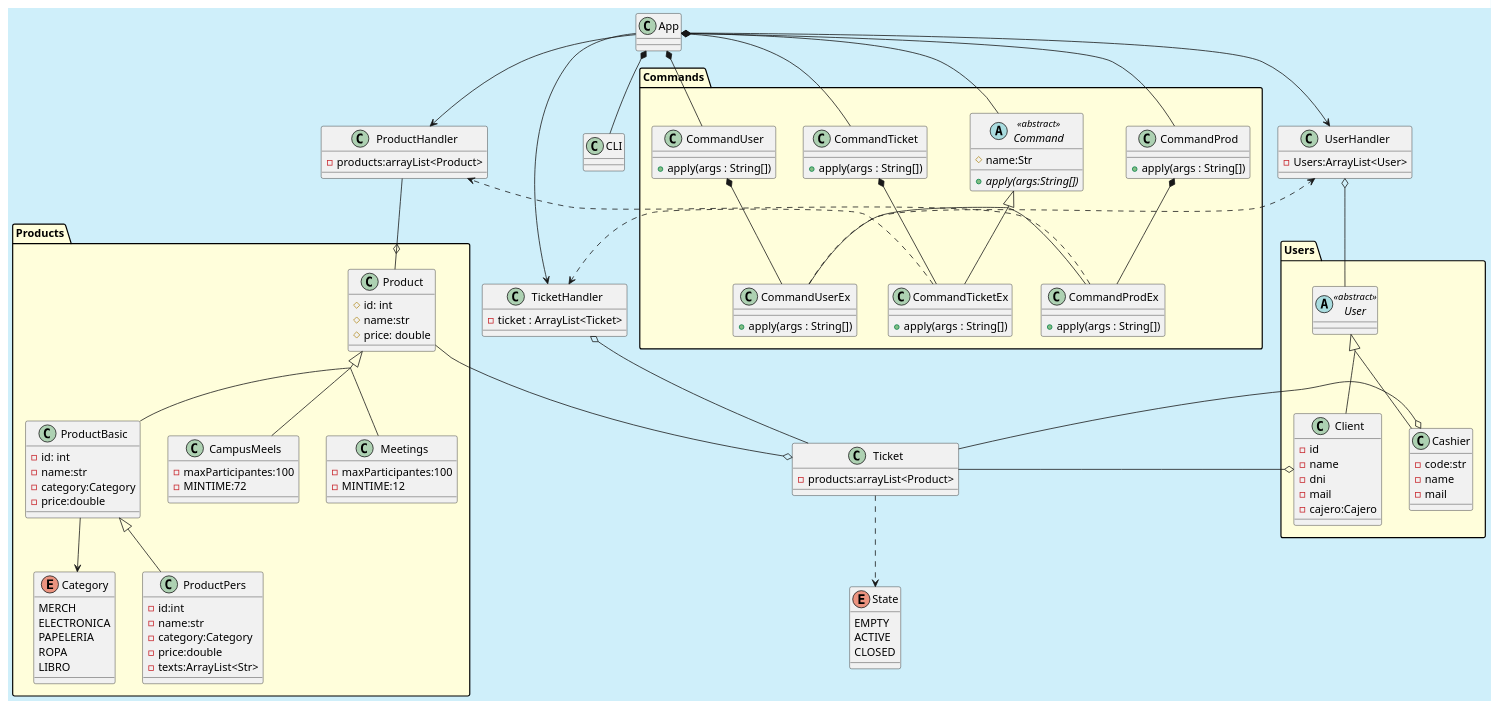
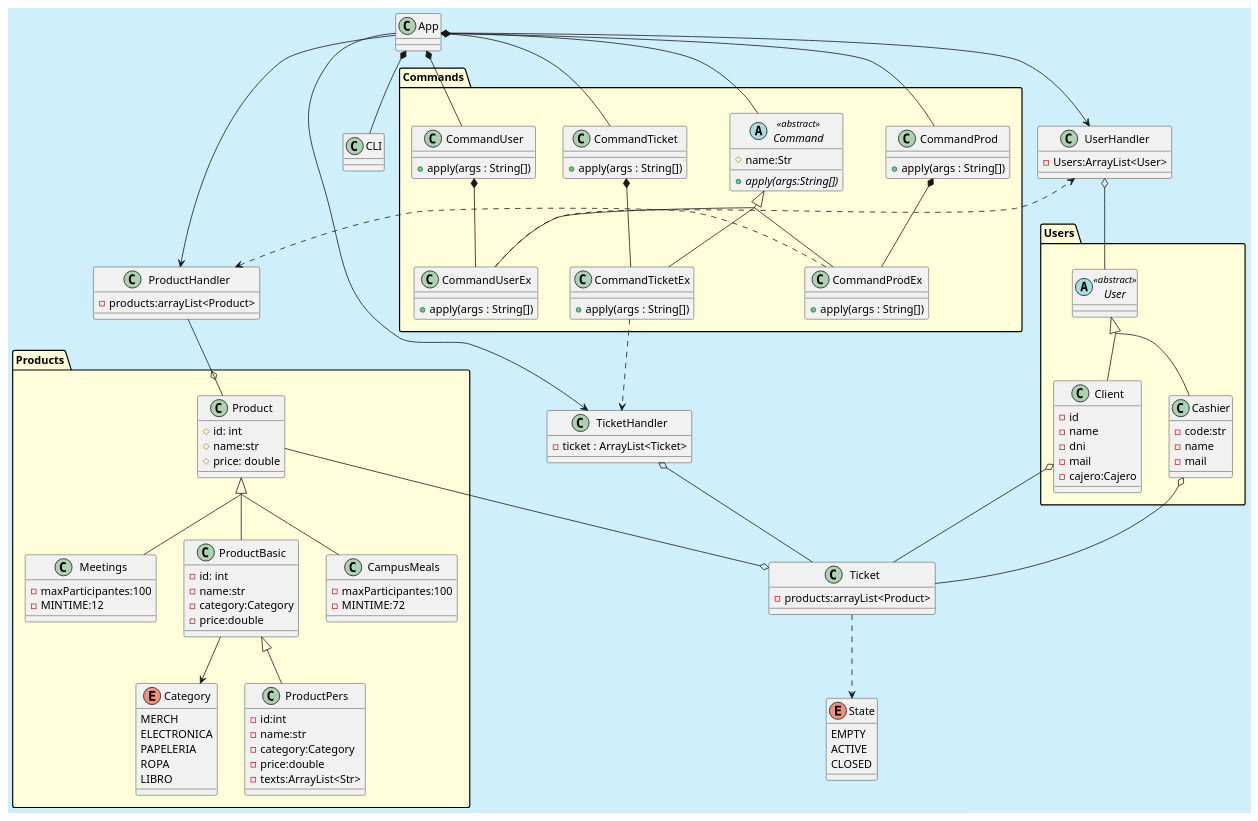
Before and after one commit to MarcosAus/tienda_upm: the diagram in src/main/java/es/upm/etsisi/poo/tienda_upm_diagramav2.puml, drawn with PlantUML. The commit also changed 24 other files, not shown here.

Commit message:
Cambios Generales . falta toString campusMeals y Meetings

```diff
--- a/src/main/java/es/upm/etsisi/poo/tienda_upm_diagramav2.puml
+++ b/src/main/java/es/upm/etsisi/poo/tienda_upm_diagramav2.puml
@@ -1,177 +1,177 @@
 @startuml
 Skinparam groupInheritance 2
 skinparam backgroundColor #CFEFFA
 namespace Commands #FFFEDB {
 }
 namespace Products #FFFEDB {
 }
 namespace Users #FFFEDB {
 }
 
 Class App {}
 class CLI {}
 class Products.Product  {
 #id: int
 #name:str
 #price: double
 }
 
 class ProductHandler {
 -products:arrayList<Product>
 }
 
 class Ticket{
 -products:arrayList<Product>
 }
 
 enum State{
 EMPTY
 ACTIVE
 CLOSED
 }
 
 Ticket ..>State
 
 class TicketHandler {
 -ticket : ArrayList<Ticket>
 }
 
 Product --o Ticket
 TicketHandler o-- Ticket
 
 
 
 class Products.ProductBasic{
 
 -id: int
 -name:str
 -category:Category
 -price:double
 }
 
 enum Products.Category {
 MERCH
 ELECTRONICA
 PAPELERIA
 ROPA
 LIBRO
 }
 ProductBasic -->Category
 Product <|-- ProductBasic
 
 class Products.ProductPers{
 
 -id:int
 -name:str
 -category:Category
 -price:double
 -texts:ArrayList<Str>
 }
 ProductBasic <|--  ProductPers
 
-class Products.CampusMeels{
+class Products.CampusMeals{
 -maxParticipantes:100
 -MINTIME:72
 }
 
 
 class Products.Meetings{
 -maxParticipantes:100
 -MINTIME:12
 }
 
-Product <|-- CampusMeels
+Product <|-- CampusMeals
 Product <|-- Meetings
 
 class UserHandler{
 -Users:ArrayList<User>
 }
 
 abstract class Users.User<<abstract>> {
 }
 UserHandler o-- User
 
 class Users.Client {
 -id
 -name
 -dni
 -mail
 -cajero:Cajero
 }
 
 User <|-- Client
 
 class Users.Cashier{
 -code:str
 -name
 -mail
 }
 User <|-- Cashier
 
-Ticket --o Cashier
+Cashier o-- Ticket
 Client o-- Ticket
 
 
 abstract class Commands.Command <<abstract>>{
 #name:Str
 +{abstract}apply(args:String[])
 }
 
 class Commands.CommandProd{
 + apply(args : String[])
 }
 
 class Commands.CommandProdEx{
  + apply(args : String[])
 }
 
 CommandProd *-- CommandProdEx
 
 App *-- CommandProd
 
 
 class Commands.CommandTicket{
 + apply(args : String[])
 }
 
 class Commands.CommandTicketEx{
  + apply(args : String[])
 }
 
 
 CommandTicket *-- CommandTicketEx
 App *-[norank]- CommandTicket
 
 class Commands.CommandUser{
 + apply(args : String[])
 }
 
 class Commands.CommandUserEx{
  + apply(args : String[])
 }
 
 
 
 CommandUser *-- CommandUserEx
 App *-[norank]- CommandUser
 
 App *-- CLI
 
 App *-- Command
 Command <|-- CommandProdEx
 Command <|-- CommandTicketEx
 Command <|-- CommandUserEx
 
 App --> ProductHandler
 
 ProductHandler --o Product
 
 
 App --> TicketHandler
 App --> UserHandler
 
 CommandUserEx .[norank].> UserHandler
 CommandProdEx .[norank].> ProductHandler
 CommandTicketEx .[norank].> TicketHandler
 
 @enduml
```
